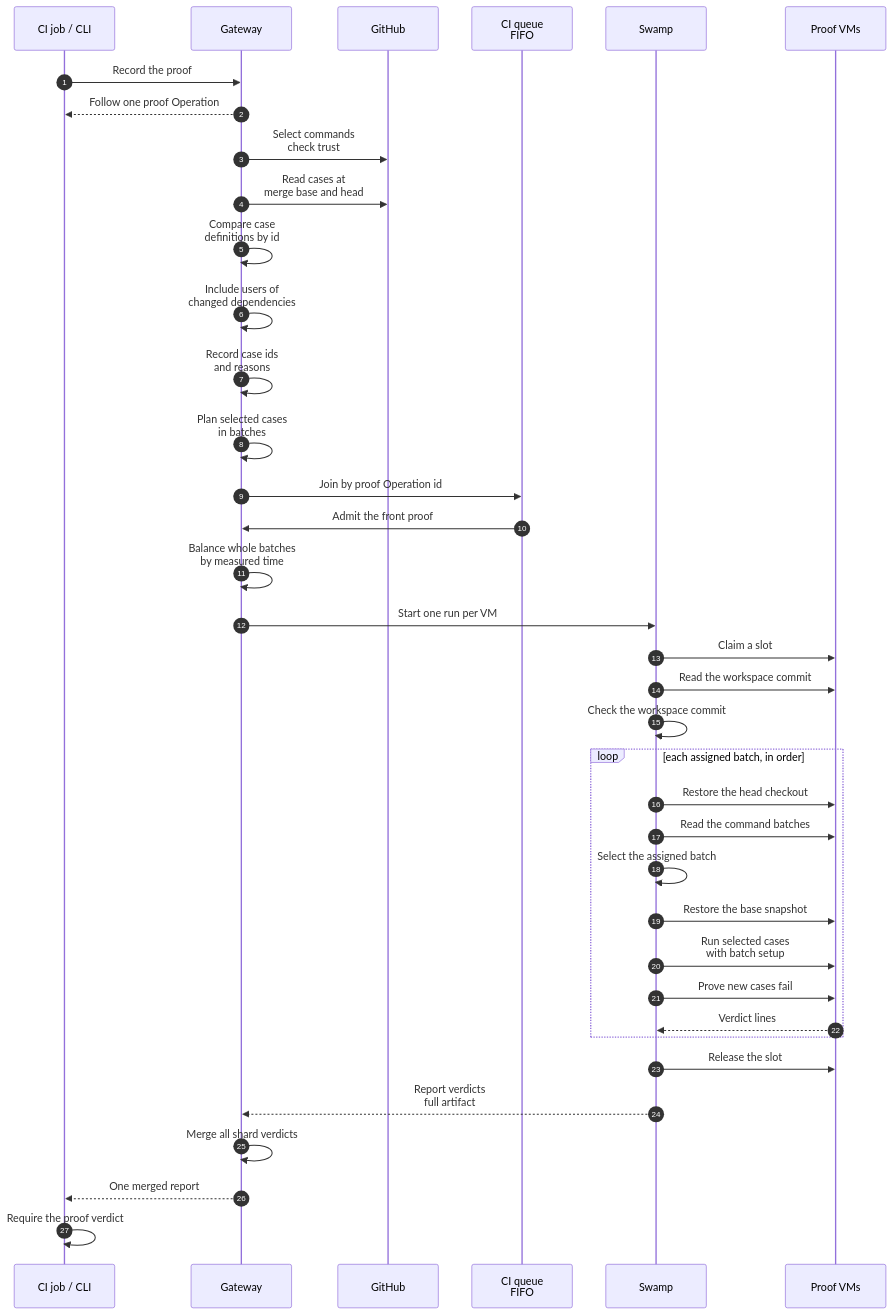
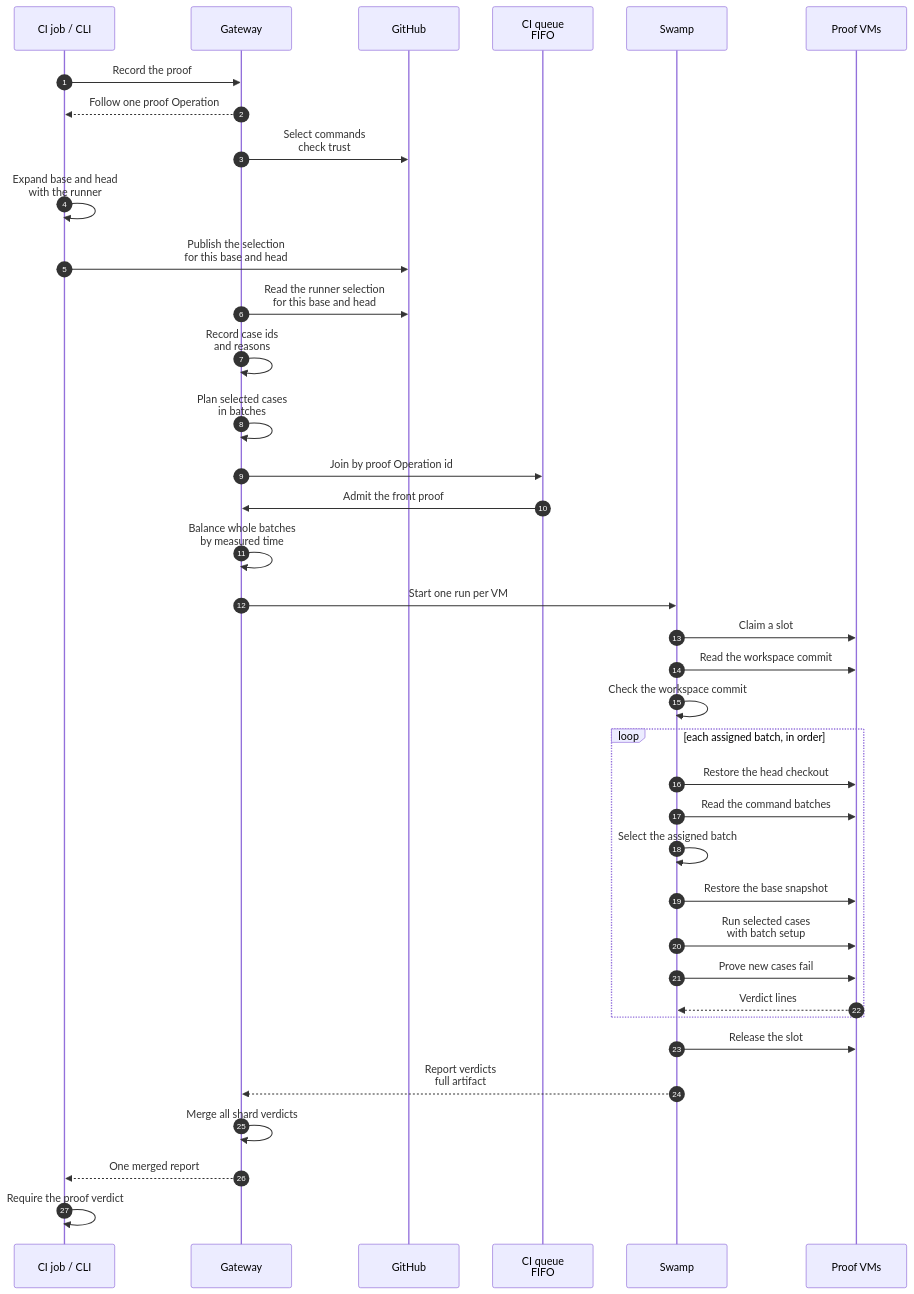
Before and after one commit to hardimpactdev/orbit: the diagram in docs/cli/proof/run.mmd, drawn with Mermaid. The commit also changed 19 other files, not shown here.

First line of the commit message:
fix: let the proof runner own case selection

```diff
--- a/docs/cli/proof/run.mmd
+++ b/docs/cli/proof/run.mmd
@@ -1,57 +1,57 @@
 sequenceDiagram
   %% status: reviewed
   %% command: proof:run
   %% kind: proof.run
   autonumber
   participant CLI as CI job / CLI
   participant GW as Gateway
   participant GH as GitHub
   participant Q as CI queue<br/>FIFO
   participant SW as Swamp
   participant VM as Proof VMs
   CLI->>GW: Record the proof
   %%> Record commit, authenticated caller and options, then queue admission. Only an active authenticated ci-runner Node uses the CI pool. Operator proofs join task admission.
   GW-->>CLI: Follow one proof Operation
   GW->>GH: Select commands<br/>check trust
   %%> Read the trusted commit, selection list and cases. A fork needs approval of this head and run-proofs. No selected command succeeds without a VM.
-  GW->>GH: Read cases at<br/>merge base and head
-  %%> Read the selected command files and batch definitions at both commits. A command code change selects its whole cases file. Empty or malformed selected files fail.
-  GW->>GW: Compare case<br/>definitions by id
-  %%> For cases-only changes, select added and changed entries and every variant of each. Deleted entries select nothing. Ignore YAML formatting and comments.
-  GW->>GW: Include users of<br/>changed dependencies
-  %%> Follow fixture uses and file vars, including nested uses. A changed batch setup selects its users; changed fleet settings select all users. Keep the selected cases in their batches with the required setup.
+  CLI->>CLI: Expand base and head<br/>with the runner
+  %%> The runner validates and expands fixtures, list vars, variants and batch setup. Compare its canonical per-case definitions by id. Command code changes select the whole file; any planning doubt also selects the whole file.
+  CLI->>GH: Publish the selection<br/>for this base and head
+  %%> CI consumes this same result and uploads proof-selection.json before proof admission. Include every considered file, even when it selects zero cases.
+  GW->>GH: Read the runner selection<br/>for this base and head
+  %%> Accept only the exact version, head, merge base and cases file. Missing, expired, malformed or mismatched results select the whole file. The Gateway does not compare YAML definitions.
   GW->>GW: Record case ids<br/>and reasons
-  %%> Gateway and CI planning use the same rules and shared test fixtures. Report changed, added, uses changed fixture, uses changed var, batch setup changed or command code changed for each selected case. Zero selected cases succeeds without a VM.
+  %%> Select added and changed cases and their variants, and users whose expanded dependencies changed. Deleted cases select nothing. Report changed, added, uses changed fixture, uses changed var, batch setup changed or command code changed. A verified zero-case selection succeeds without a VM.
   GW->>GW: Plan selected cases<br/>in batches
   %%> Expand selected variant ids only. Sum measured case seconds from prior reports; unseen cases use the measured median, or one second with no history.
   GW->>Q: Join by proof Operation id
   %%> Earlier open CI proofs without admitted runs block later proofs, including while selection is being read. Cancellation, failure and no selection remove a proof from admission.
   Q->>GW: Admit the front proof
   %%> Under the admission lock, take every currently free usable CI place, at least one and at most the batch count. A full pool or stale base waits, up to two hours, then fails clearly. Never refuse capacity or skip green.
   GW->>GW: Balance whole batches<br/>by measured time
   %%> Longest measured batch first; assign each to the least loaded VM. Selected cases of a batch stay together. Record expected cases and all shard operations atomically.
   GW->>SW: Start one run per VM
   SW->>VM: Claim a slot
   %%> Fresh VM from the host base at the trusted commit. No CI keep-failed option.
   SW->>VM: Read the workspace commit
   SW->>SW: Check the workspace commit
   loop each assigned batch, in order
     SW->>VM: Restore the head checkout
     %%> A prior new-case proof may have switched to the merge base. Restore the admitted head before planning the next batch.
     SW->>VM: Read the command batches
     SW->>SW: Select the assigned batch
     SW->>VM: Restore the base snapshot
     SW->>VM: Run selected cases<br/>with batch setup
     SW->>VM: Prove new cases fail
     VM-->>SW: Verdict lines
   end
   SW->>VM: Release the slot
   %%> Delete after every outcome. Failed or missing cleanup schedules normal group cancellation. A live or releasing VM holds its place until confirmed deletion.
   SW-->>GW: Report verdicts<br/>full artifact
   %%> Capture the full report, not its 4 KiB history tail. Identify command and file on each line. Missing, duplicate or unexpected case verdicts fail the shard; a missing expected case is unrun.
   GW->>GW: Merge all shard verdicts
   %%> Wait for every admitted child, require every expected case and every selected command, and close one proof result. Failed, cancelled, unrun and missing verdicts fail.
   GW-->>CLI: One merged report
   CLI->>CLI: Require the proof verdict
   %%> The proof job is in Required checks. A selected command with a failed case or no verdict fails. No selected command passes. Capacity is only a bounded wait, never a successful no-case result.
   %%> A fork uses the outside proof's status on this exact head. A missing, pending or failed status fails Required checks; rerun the failed Required job after the approved outside proof succeeds.
```
